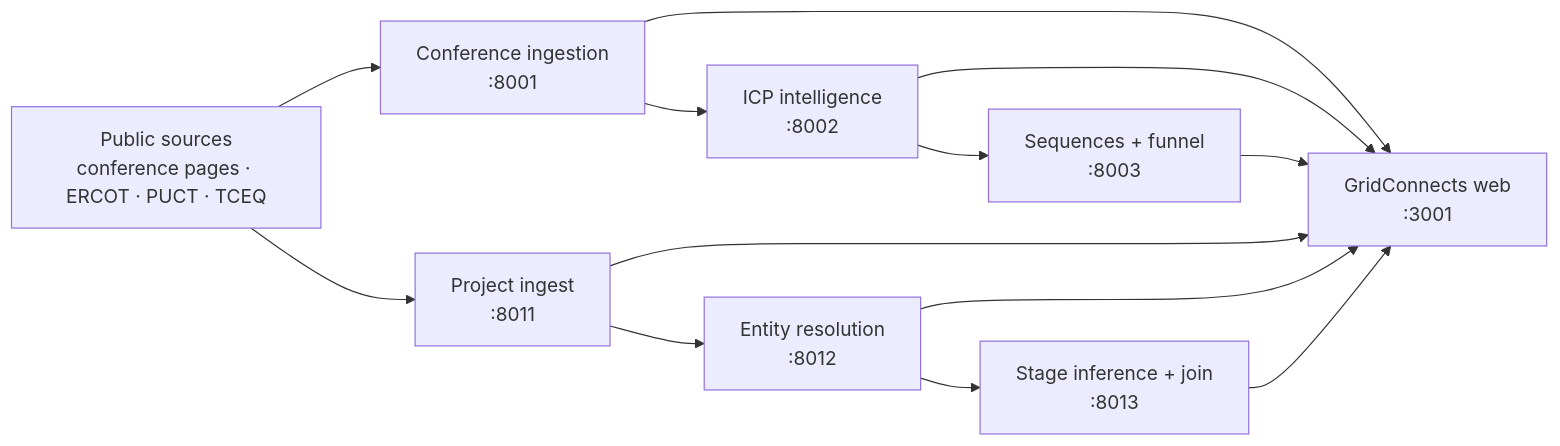
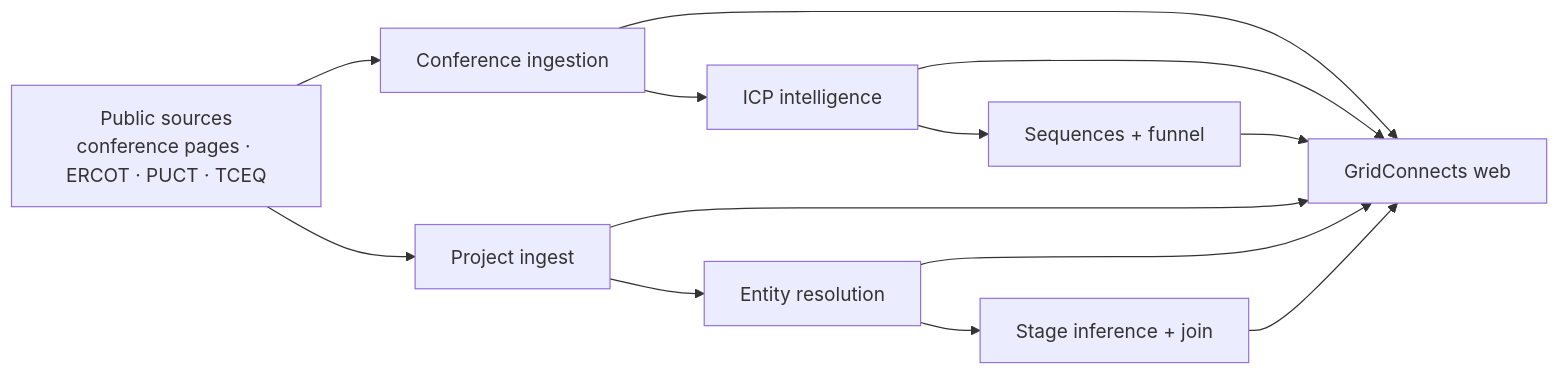
The diagram in README.md (taymurfa/C-DID), drawn with Mermaid before and after one commit. The commit also changed 3 other files, not shown here.

````diff
--- a/README.md
+++ b/README.md
@@ -20,19 +20,19 @@
 ```mermaid
 flowchart LR
     Sources["Public sources<br/>conference pages · ERCOT · PUCT · TCEQ"]
 
-    Sources --> I1["Conference ingestion<br/>:8001"]
-    I1 --> I2["ICP intelligence<br/>:8002"]
-    I2 --> I3["Sequences + funnel<br/>:8003"]
+    Sources --> I1["Conference ingestion<br/>"]
+    I1 --> I2["ICP intelligence<br/>"]
+    I2 --> I3["Sequences + funnel<br/>"]
 
-    Sources --> R1["Project ingest<br/>:8011"]
-    R1 --> R2["Entity resolution<br/>:8012"]
-    R2 --> R3["Stage inference + join<br/>:8013"]
+    Sources --> R1["Project ingest<br/>"]
+    R1 --> R2["Entity resolution<br/>"]
+    R2 --> R3["Stage inference + join<br/>"]
 
-    I1 --> Web["GridConnects web<br/>:3001"]
+    I1 --> Web["GridConnects web<br/>"]
     I2 --> Web
     I3 --> Web
     R1 --> Web
     R2 --> Web
     R3 --> Web
 ```
````
